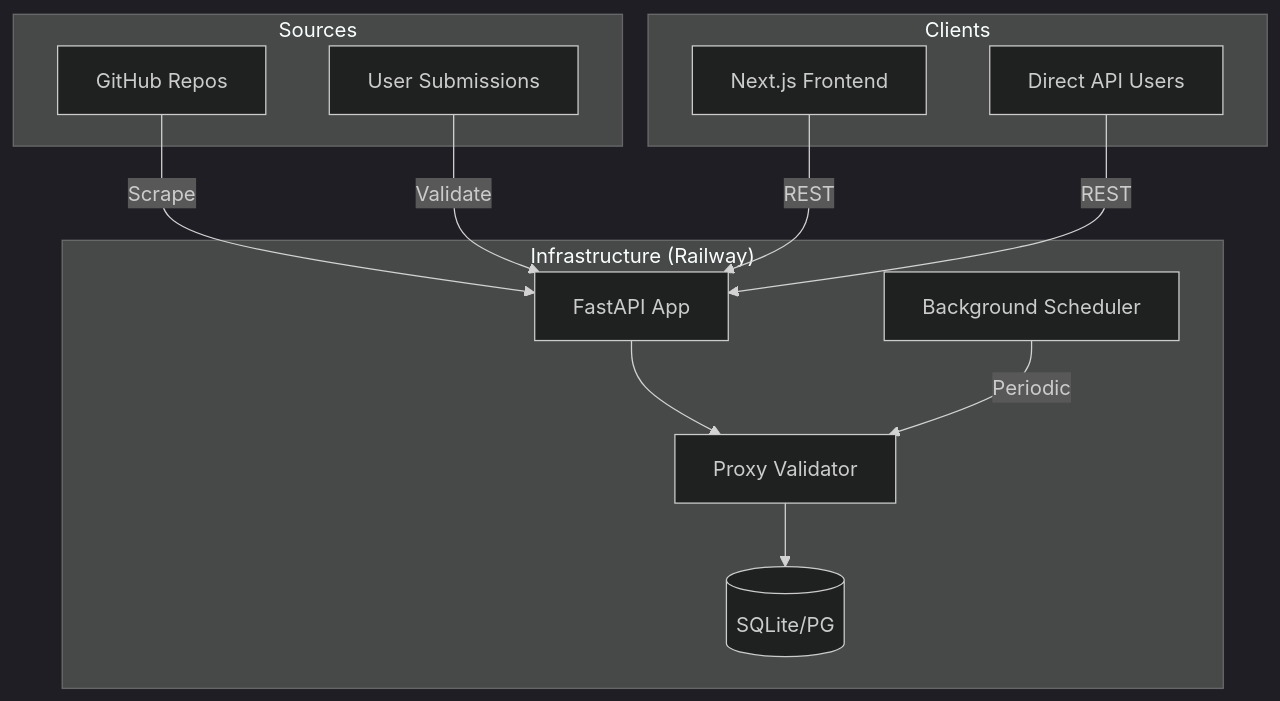
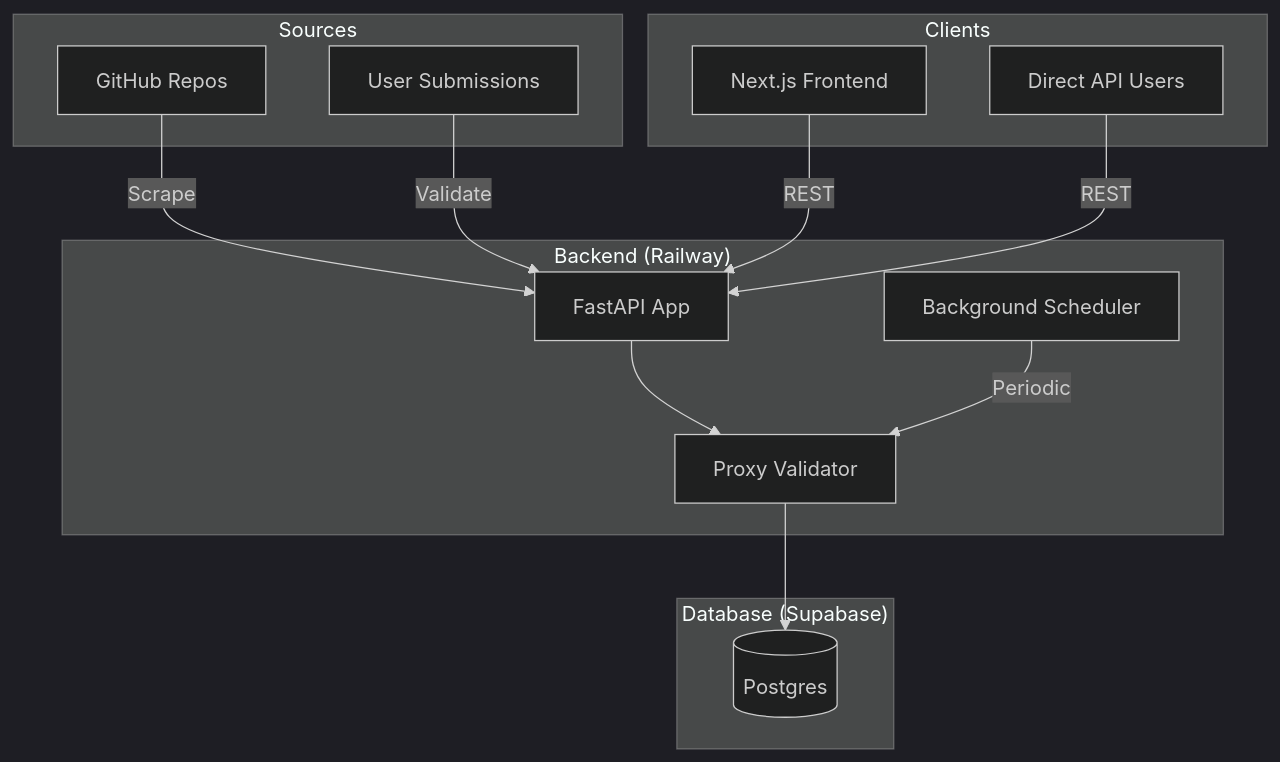
One commit to oyi77/1proxy changed the diagram in docs/LLM_CONTEXT.md. Above: the diagram before and after it, drawn with Mermaid (dark theme). The commit also changed other lines of this file and 2 other files, not shown here.

Commit message:
docs: refresh project context references
Ultraworked with [Sisyphus](https://github.com/code-yeongyu/oh-my-opencode)

````diff
--- a/docs/LLM_CONTEXT.md
+++ b/docs/LLM_CONTEXT.md
@@ -13,27 +13,30 @@
 ```mermaid
 graph TD
     subgraph "Clients"
         WEB[Next.js Frontend]
         API_USER[Direct API Users]
     end
 
-    subgraph "Infrastructure (Railway)"
+    subgraph "Backend (Railway)"
         F[FastAPI App]
         S[Background Scheduler]
         V[Proxy Validator]
-        DB[(SQLite/PG)]
+    end
+
+    subgraph "Database (Supabase)"
+        DB[(Postgres)]
     end
 
     subgraph "Sources"
         GH[GitHub Repos]
         SUB[User Submissions]
     end
 
     GH -->|Scrape| F
     SUB -->|Validate| F
     F --> V
     V --> DB
     S -->|Periodic| V
     WEB -->|REST| F
     API_USER -->|REST| F
 ```
````
